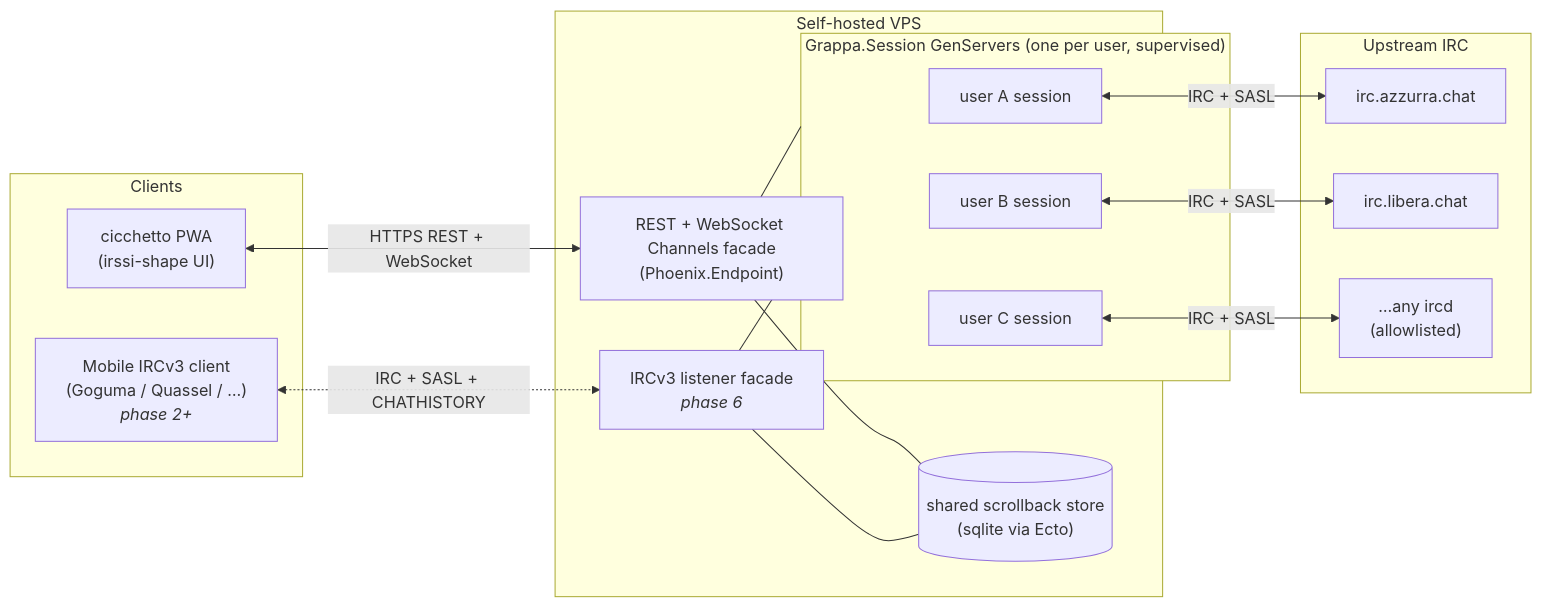
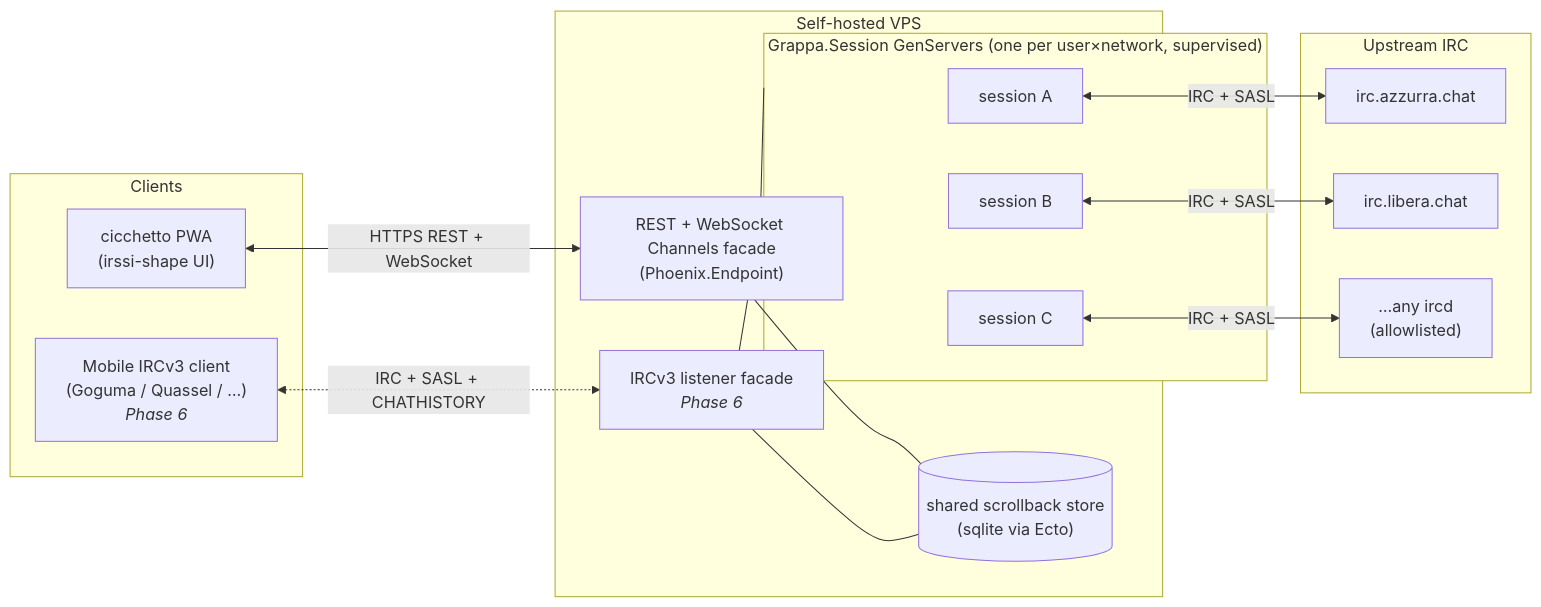
Before and after one commit to vjt/grappa-irc: the diagram in README.md, drawn with Mermaid. The commit also changed other lines of this file, not shown here.

````diff
--- a/README.md
+++ b/README.md
@@ -221,34 +38,34 @@
 ```mermaid
 flowchart LR
     subgraph Clients["Clients"]
         cicchetto["cicchetto PWA<br/>(irssi-shape UI)"]
-        mobileirc["Mobile IRCv3 client<br/>(Goguma / Quassel / …)<br/><em>phase 2+</em>"]
+        mobileirc["Mobile IRCv3 client<br/>(Goguma / Quassel / …)<br/><em>Phase 6</em>"]
     end
 
     subgraph VPS["Self-hosted VPS"]
         rest["REST + WebSocket Channels facade<br/>(Phoenix.Endpoint)"]
-        irclisten["IRCv3 listener facade<br/><em>phase 6</em>"]
+        irclisten["IRCv3 listener facade<br/><em>Phase 6</em>"]
         store[("shared scrollback store<br/>(sqlite via Ecto)")]
         rest --- store
         irclisten --- store
-        subgraph tasks["Grappa.Session GenServers (one per user, supervised)"]
-            t1["user A session"]
-            t2["user B session"]
-            t3["user C session"]
+        subgraph tasks["Grappa.Session GenServers (one per user×network, supervised)"]
+            t1["session A"]
+            t2["session B"]
+            t3["session C"]
         end
         rest --- tasks
         irclisten --- tasks
     end
 
     subgraph Upstream["Upstream IRC"]
         azzurra["irc.azzurra.chat"]
         libera["irc.libera.chat"]
         other["…any ircd<br/>(allowlisted)"]
     end
 
     cicchetto <-->|"HTTPS REST + WebSocket"| rest
     mobileirc <-.->|"IRC + SASL + CHATHISTORY"| irclisten
     t1 <-->|"IRC + SASL"| azzurra
     t2 <-->|"IRC + SASL"| libera
     t3 <-->|"IRC + SASL"| other
 ```
````
